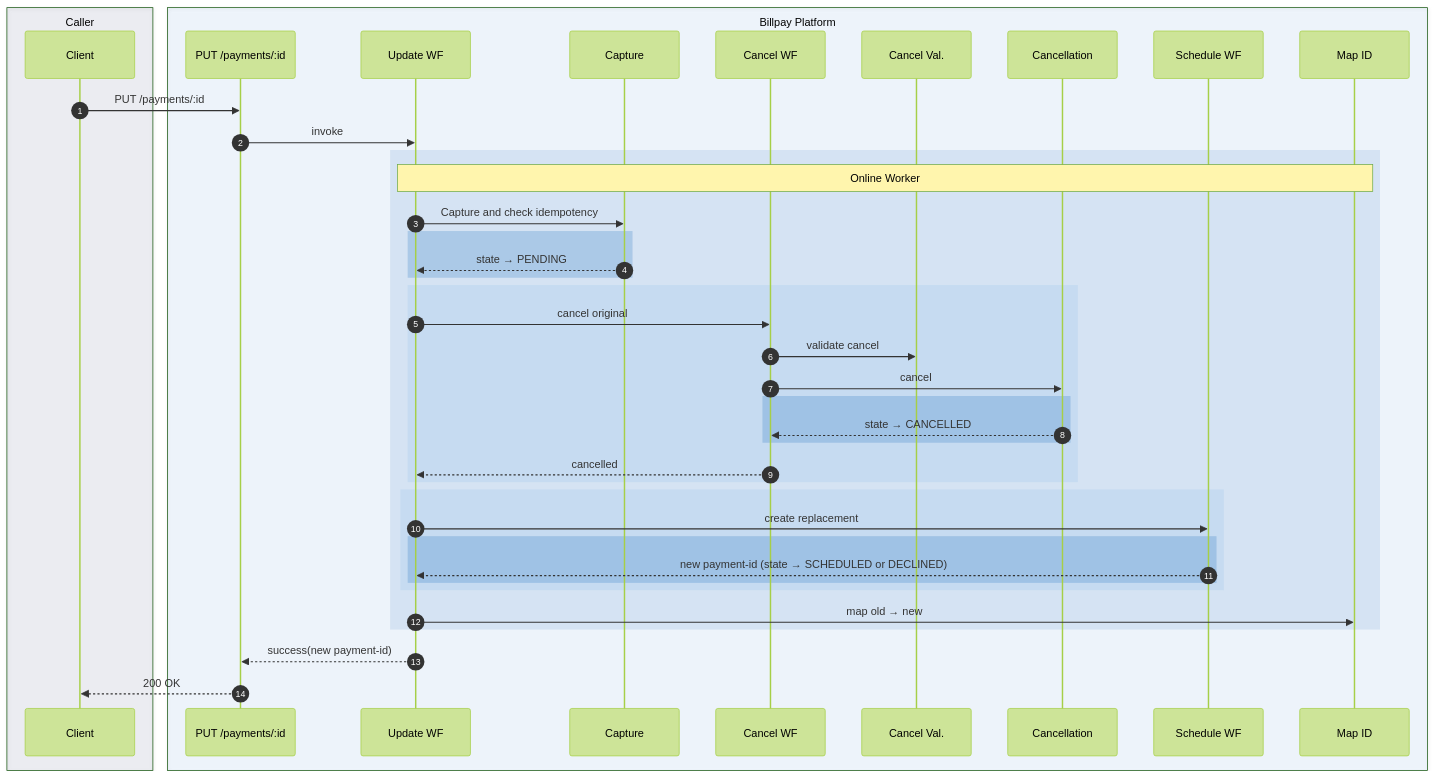
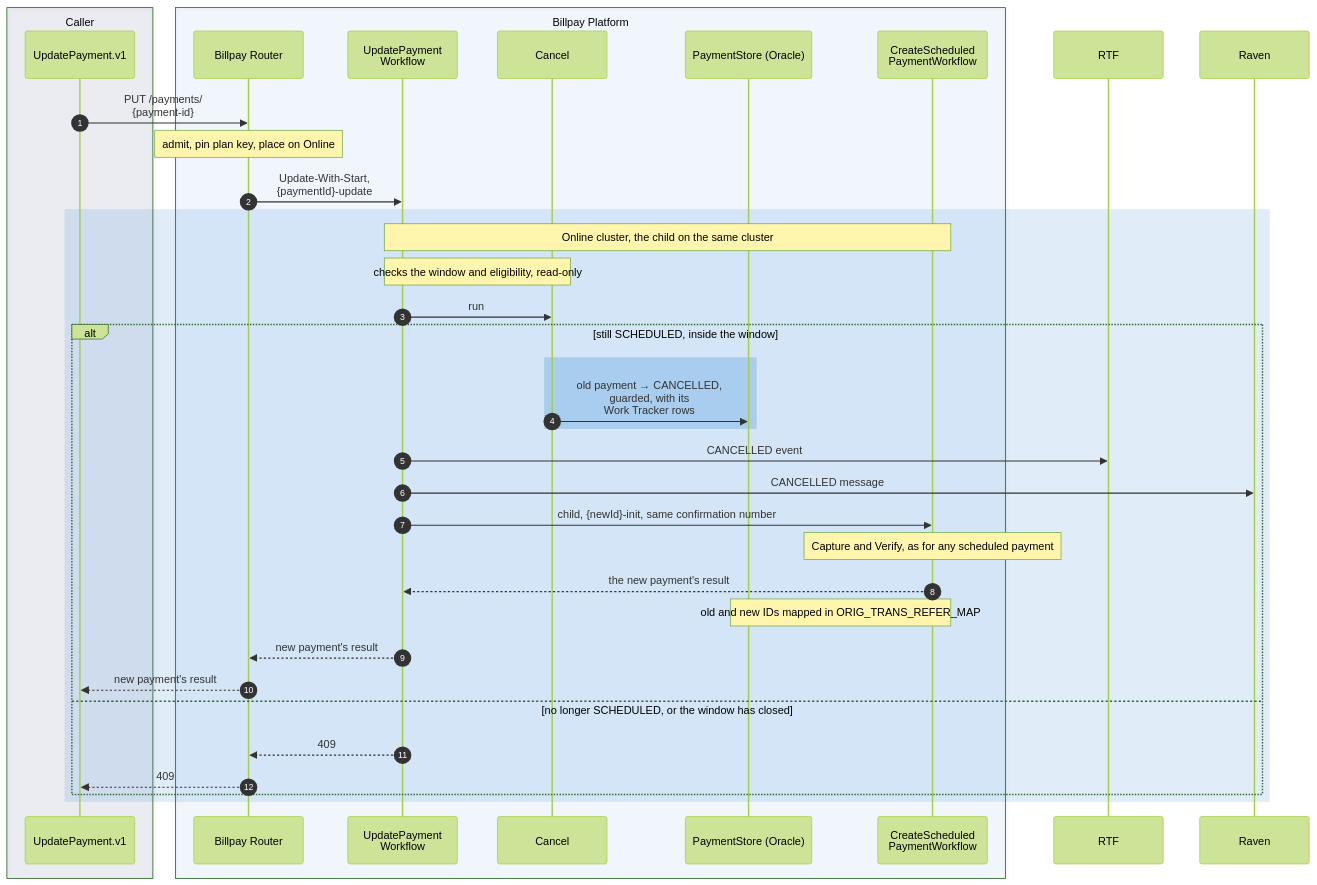
The fifth of 13 diagrams in website/docs/design/sequence-diagrams.md (arunav-bhattacharya/billpay-book), drawn with Mermaid (forest theme) before and after one commit. The commit also changed other lines of this file and 50 other files, not shown here.

````diff
--- a/website/docs/design/sequence-diagrams.md
+++ b/website/docs/design/sequence-diagrams.md
@@ -430,57 +351,50 @@
 ```mermaid
 ---
 config:
   fontFamily: "BentonSansUI, Helvetica, Arial, sans-serif"
   fontSize: 15
 ---
 sequenceDiagram
   autonumber
 
   box rgba(0,23,90,0.07) Caller
-    participant C as Client
+    participant OD as UpdatePayment.v1
   end
 
-  box rgba(1,111,208,0.06) Billpay Platform
-    participant API as PUT /payments/:id
-    participant U as Update WF
-    participant IDEMP as Capture
-    participant CAN as Cancel WF
-    participant PCV as Cancel Val.
-    participant PCN as Cancellation
-    participant CSP as Schedule WF
-    participant MAP as Map ID
+  box rgba(0,111,207,0.05) Billpay Platform
+    participant R as Billpay Router
+    participant UW as UpdatePayment<br/>Workflow
+    participant CAN as Cancel
+    participant PS as PaymentStore (Oracle)
+    participant CW as CreateScheduled<br/>PaymentWorkflow
   end
 
-  C->>API: PUT /payments/:id
-  API->>U: invoke
+  participant RTF
+  participant RAV as Raven
 
-  rect rgba(1,91,179,0.10)
-    Note over U,MAP: Online Worker
-    U->>IDEMP: Capture and check idempotency
-    rect rgba(0,98,182,0.20)
-      IDEMP-->>U: state → PENDING
+  OD->>R: PUT /payments/<br/>{payment-id}
+  Note over R: admit, pin plan key, place on Online
+  R->>UW: Update-With-Start,<br/>{paymentId}-update
+
+  rect rgba(0,111,207,0.12)
+    Note over UW,CW: Online cluster, the child on the same cluster
+    Note over UW,CAN: checks the window and eligibility, read-only
+    UW->>CAN: run
+    alt still SCHEDULED, inside the window
+      rect rgba(102,169,226,0.40)
+        CAN->>PS: old payment → CANCELLED,<br/>guarded, with its<br/>Work Tracker rows
+      end
+      UW->>RTF: CANCELLED event
+      UW->>RAV: CANCELLED message
+      UW->>CW: child, {newId}-init, same confirmation number
+      Note over CW: Capture and Verify, as for any scheduled payment
+      CW-->>UW: the new payment's result
+      Note over PS,CW: old and new IDs mapped in ORIG_TRANS_REFER_MAP
+      UW-->>R: new payment's result
+      R-->>OD: new payment's result
+    else no longer SCHEDULED, or the window has closed
+      UW-->>R: 409
+      R-->>OD: 409
     end
-
-    rect rgba(96,165,224,0.13)
-      U->>CAN: cancel original
-      CAN->>PCV: validate cancel
-      CAN->>PCN: cancel
-      rect rgba(0,98,182,0.20)
-        PCN-->>CAN: state → CANCELLED
-      end
-      CAN-->>U: cancelled
-    end
-
-    rect rgba(96,165,224,0.13)
-      U->>CSP: create replacement
-      rect rgba(0,98,182,0.20)
-        CSP-->>U: new payment-id (state → SCHEDULED or DECLINED)
-      end
-    end
-
-    U->>MAP: map old → new
   end
-
-  U-->>API: success(new payment-id)
-  API-->>C: 200 OK
 ```
````
